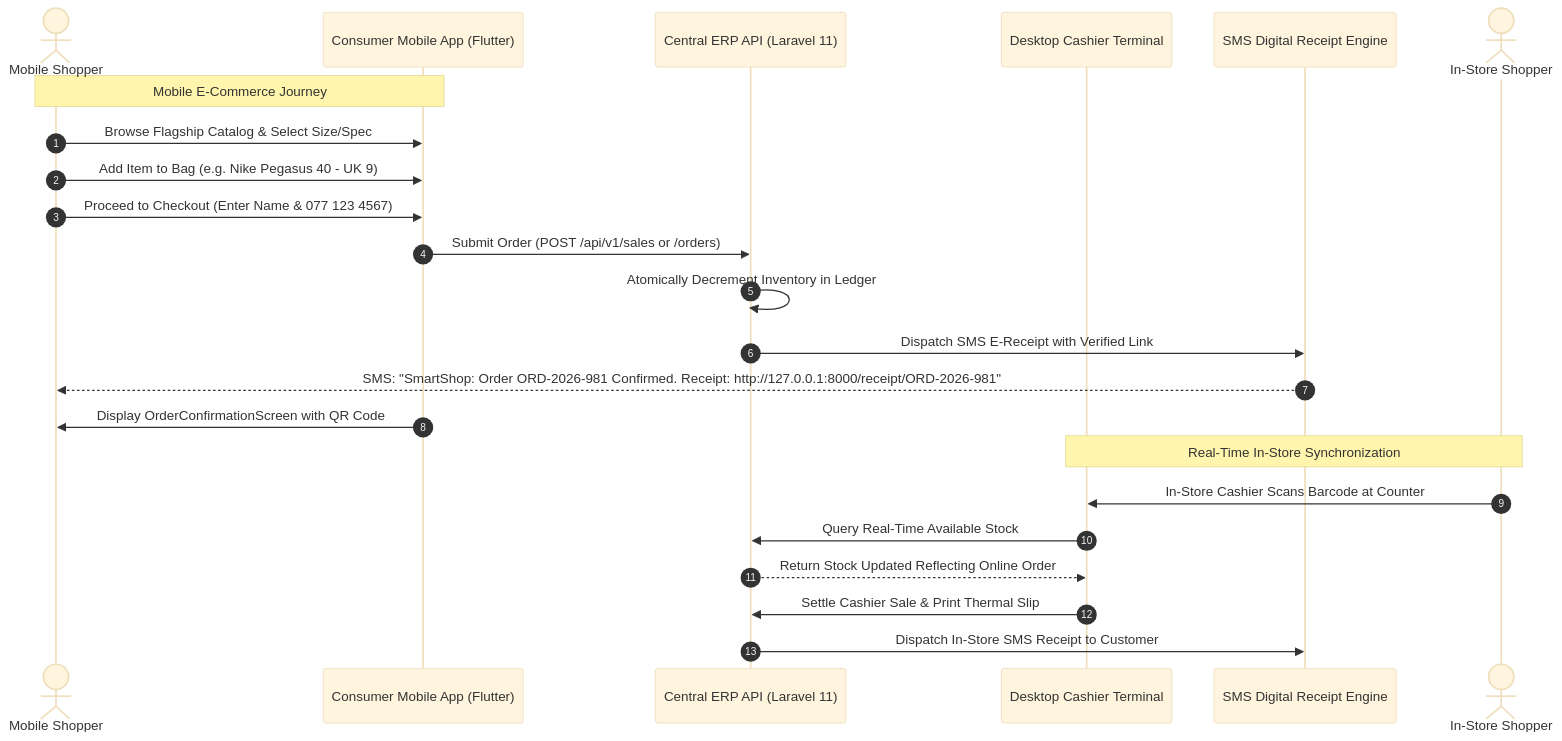
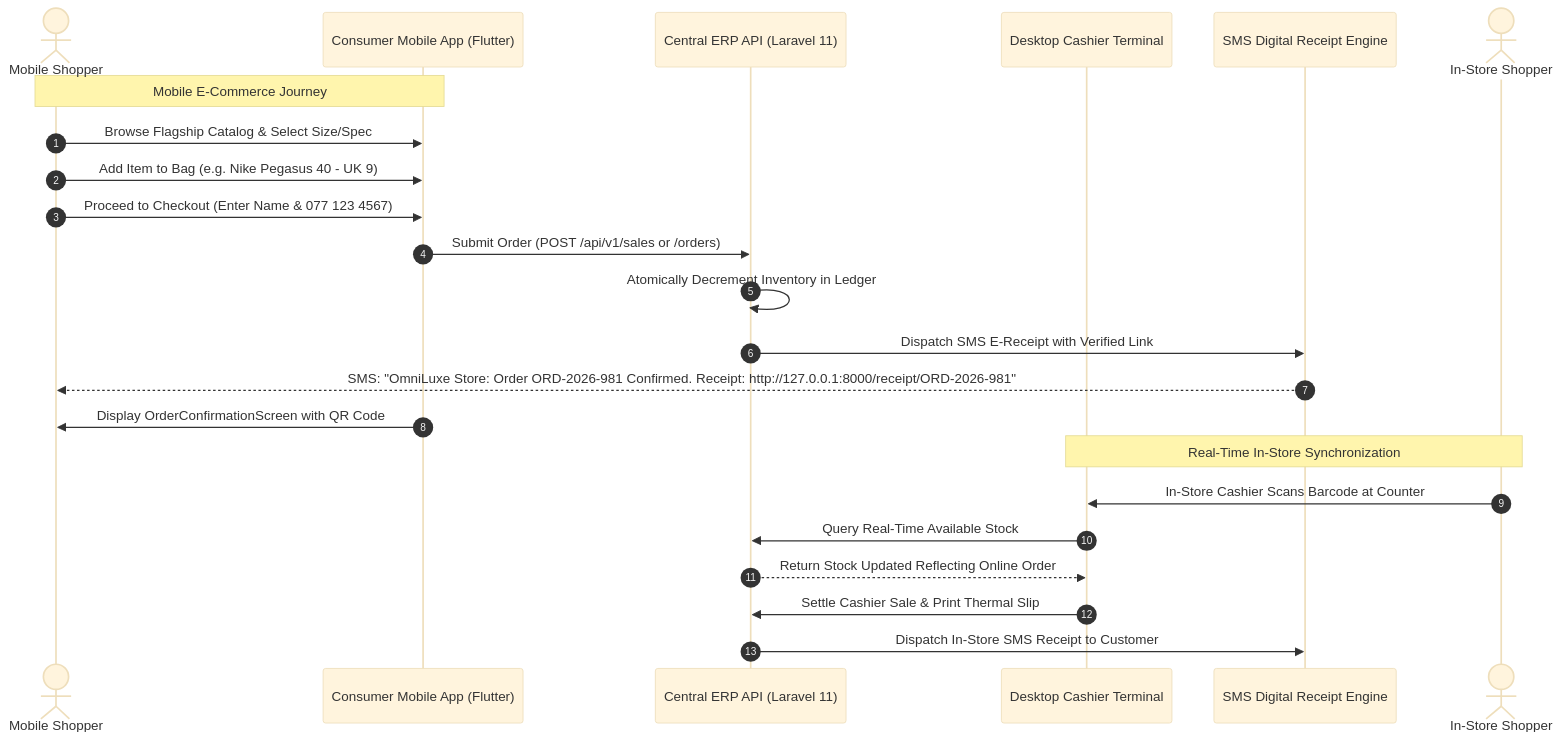
Before and after one commit to chanakawiz/pos: the second of 2 diagrams in documentation/unified-retail-ecosystem.md, drawn with Mermaid (base theme). The commit also changed other lines of this file and 25 other files, not shown here.

````diff
--- a/documentation/unified-retail-ecosystem.md
+++ b/documentation/unified-retail-ecosystem.md
@@ -112,27 +113,27 @@
 ```mermaid
 sequenceDiagram
     autonumber
     actor Customer as Mobile Shopper
     participant MobileApp as Consumer Mobile App (Flutter)
     participant CentralAPI as Central ERP API (Laravel 11)
     participant DesktopPOS as Desktop Cashier Terminal
     participant SMSGateway as SMS Digital Receipt Engine
     actor InStoreCustomer as In-Store Shopper
 
     Note over Customer,MobileApp: Mobile E-Commerce Journey
     Customer->>MobileApp: Browse Flagship Catalog & Select Size/Spec
     Customer->>MobileApp: Add Item to Bag (e.g. Nike Pegasus 40 - UK 9)
     Customer->>MobileApp: Proceed to Checkout (Enter Name & 077 123 4567)
     MobileApp->>CentralAPI: Submit Order (POST /api/v1/sales or /orders)
     CentralAPI->>CentralAPI: Atomically Decrement Inventory in Ledger
     CentralAPI->>SMSGateway: Dispatch SMS E-Receipt with Verified Link
-    SMSGateway-->>Customer: SMS: "SmartShop: Order ORD-2026-981 Confirmed. Receipt: http://127.0.0.1:8000/receipt/ORD-2026-981"
+    SMSGateway-->>Customer: SMS: "OmniLuxe Store: Order ORD-2026-981 Confirmed. Receipt: http://127.0.0.1:8000/receipt/ORD-2026-981"
     MobileApp->>Customer: Display OrderConfirmationScreen with QR Code
 
     Note over InStoreCustomer,DesktopPOS: Real-Time In-Store Synchronization
     InStoreCustomer->>DesktopPOS: In-Store Cashier Scans Barcode at Counter
     DesktopPOS->>CentralAPI: Query Real-Time Available Stock
     CentralAPI-->>DesktopPOS: Return Stock Updated Reflecting Online Order
     DesktopPOS->>CentralAPI: Settle Cashier Sale & Print Thermal Slip
     CentralAPI->>SMSGateway: Dispatch In-Store SMS Receipt to Customer
 ```
````
